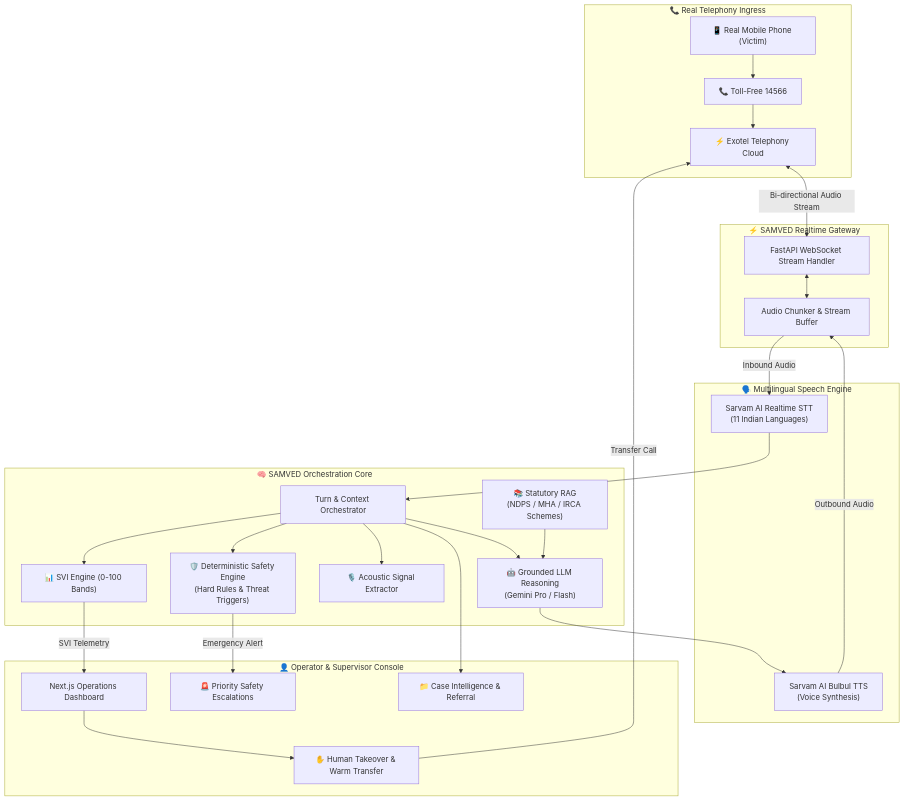
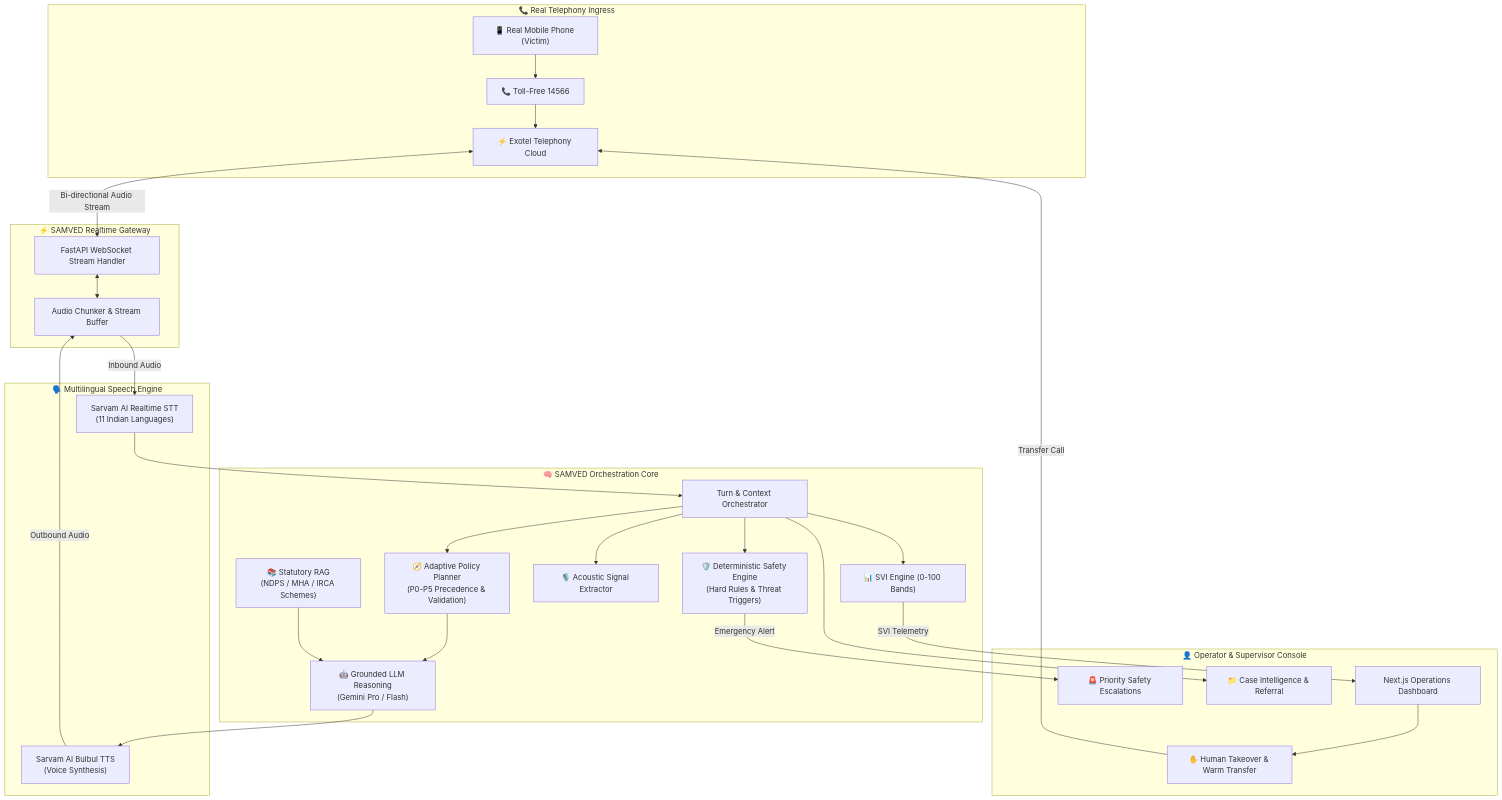
The diagram in README.md (Balashanmugam30/samved), drawn with Mermaid before and after one commit. The commit also changed 26 other files, not shown here.

Commit message:
feat: implement safety-first adaptive conversation engine (Phase 7)

````diff
--- a/README.md
+++ b/README.md
@@ -46,53 +46,55 @@
 ```mermaid
 graph TD
     subgraph Ingress ["📞 Real Telephony Ingress"]
         Caller["📱 Real Mobile Phone (Victim)"]
         DialNumber["📞 Toll-Free 14566"]
         Exotel["⚡ Exotel Telephony Cloud"]
         Caller --> DialNumber --> Exotel
     end
 
     subgraph RealtimeGateway ["⚡ SAMVED Realtime Gateway"]
         WSGateway["FastAPI WebSocket Stream Handler"]
         AudioBuffer["Audio Chunker & Stream Buffer"]
         Exotel <-->|Bi-directional Audio Stream| WSGateway
         WSGateway <--> AudioBuffer
     end
 
     subgraph SpeechLayer ["🗣️ Multilingual Speech Engine"]
         SarvamSTT["Sarvam AI Realtime STT<br/>(11 Indian Languages)"]
         SarvamTTS["Sarvam AI Bulbul TTS<br/>(Voice Synthesis)"]
         AudioBuffer -->|Inbound Audio| SarvamSTT
         SarvamTTS -->|Outbound Audio| AudioBuffer
     end
 
     subgraph IntelligenceCore ["🧠 SAMVED Orchestration Core"]
         Orchestrator["Turn & Context Orchestrator"]
         SafetyEngine["🛡️ Deterministic Safety Engine<br/>(Hard Rules & Threat Triggers)"]
         RiskEngine["📊 SVI Engine (0-100 Bands)"]
         AcousticEngine["🎙️ Acoustic Signal Extractor"]
+        AdaptiveEngine["🧭 Adaptive Policy Planner<br/>(P0-P5 Precedence & Validation)"]
         LLM["🤖 Grounded LLM Reasoning<br/>(Gemini Pro / Flash)"]
         RAG["📚 Statutory RAG<br/>(NDPS / MHA / IRCA Schemes)"]
         
         SarvamSTT --> Orchestrator
         Orchestrator --> SafetyEngine
         Orchestrator --> RiskEngine
         Orchestrator --> AcousticEngine
-        Orchestrator --> LLM
+        Orchestrator --> AdaptiveEngine
+        AdaptiveEngine --> LLM
         RAG --> LLM
         LLM --> SarvamTTS
     end
 
     subgraph HumanConsole ["👤 Operator & Supervisor Console"]
         WebConsole["Next.js Operations Dashboard"]
         HumanAlerts["🚨 Priority Safety Escalations"]
         HumanOverride["✋ Human Takeover & Warm Transfer"]
         CaseRecords["📁 Case Intelligence & Referral"]
 
         SafetyEngine -->|Emergency Alert| HumanAlerts
         RiskEngine -->|SVI Telemetry| WebConsole
         WebConsole --> HumanOverride
         HumanOverride -->|Transfer Call| Exotel
         Orchestrator --> CaseRecords
     end
 ```
````
